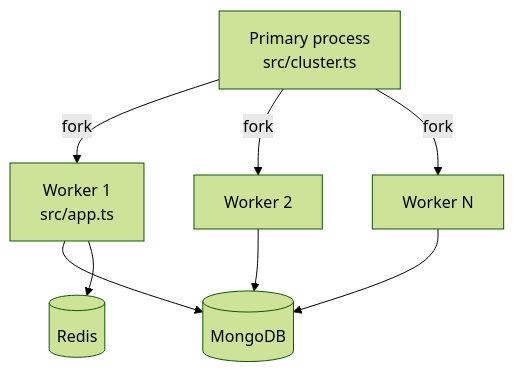
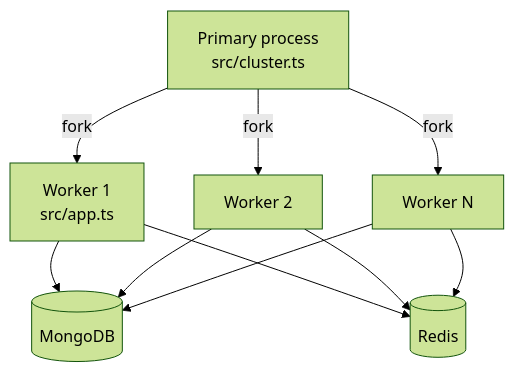
The first of 3 diagrams in docs/theory/clustering.md (Guebbit/boilerplate-node-backend), drawn with Mermaid (forest theme) before and after one commit. The commit also changed other lines of this file and 6 other files, not shown here.

````diff
--- a/docs/theory/clustering.md
+++ b/docs/theory/clustering.md
@@ -8,10 +8,12 @@
 ```mermaid
 flowchart TD
     Primary[Primary process<br/>src/cluster.ts] -->|fork| W1[Worker 1<br/>src/app.ts]
     Primary -->|fork| W2[Worker 2]
     Primary -->|fork| Wn[Worker N]
     W1 --> Mongo[(MongoDB)]
-    W1 --> Redis[(Redis)]
     W2 --> Mongo
     Wn --> Mongo
+    W1 --> Redis[(Redis)]
+    W2 --> Redis
+    Wn --> Redis
 ```
````
